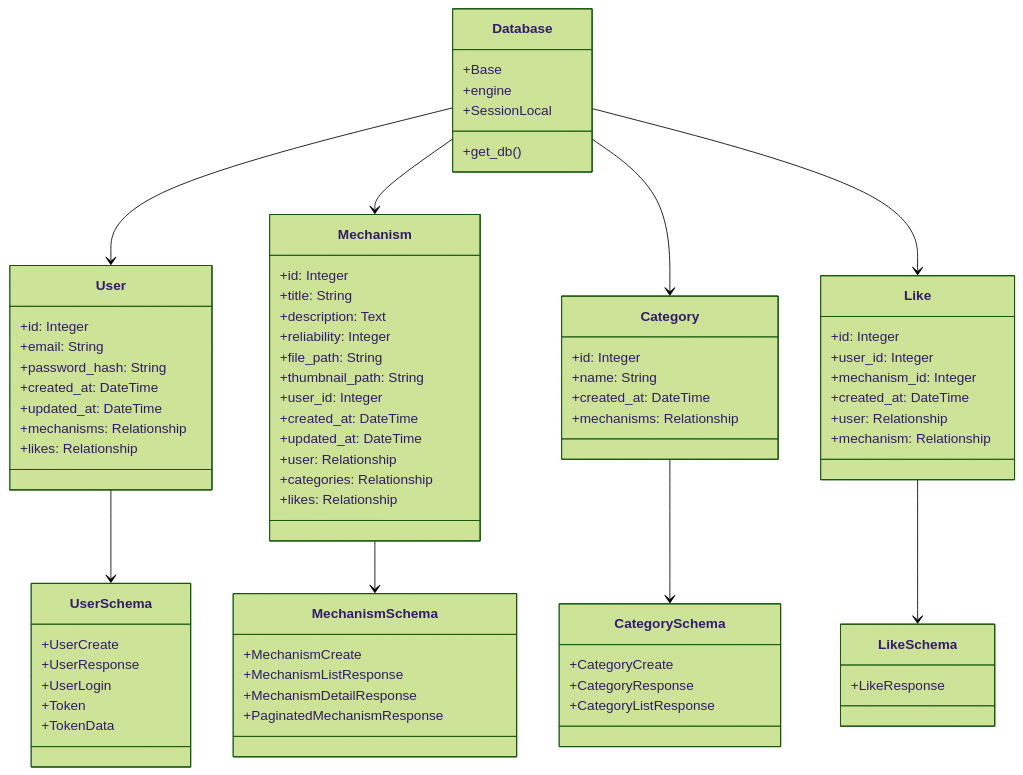
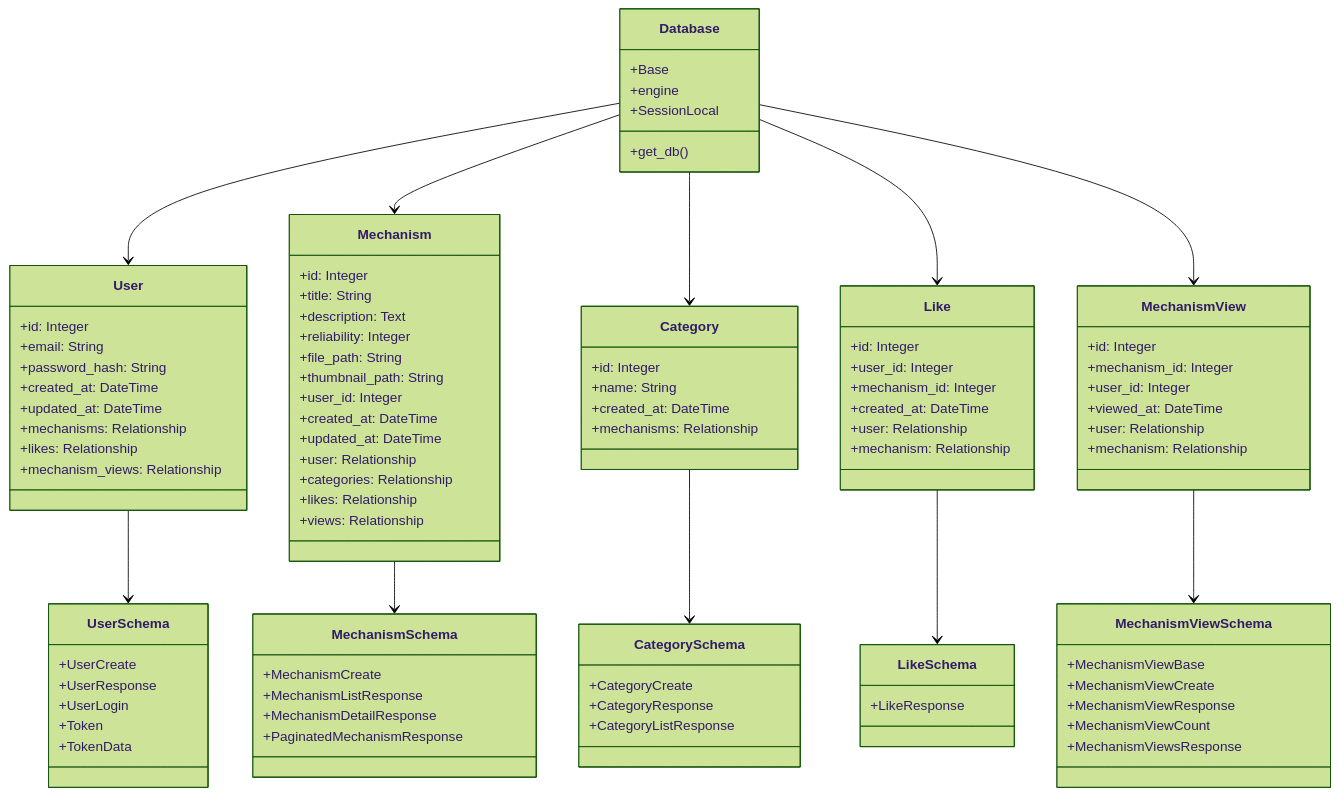
One commit to moro-qq82/mechanism-sharing-app2 changed the diagram in docs/backend_architecture.md. Above: the diagram before and after it, drawn with Mermaid (forest theme). The commit also changed other lines of this file and 4 other files, not shown here.

````diff
--- a/docs/backend_architecture.md
+++ b/docs/backend_architecture.md
@@ -19,6 +19,7 @@
         +updated_at: DateTime
         +mechanisms: Relationship
         +likes: Relationship
+        +mechanism_views: Relationship
     }
     
     class Mechanism {
@@ -34,6 +35,7 @@
         +user: Relationship
         +categories: Relationship
         +likes: Relationship
+        +views: Relationship
     }
     
     class Category {
@@ -48,6 +50,15 @@
         +user_id: Integer
         +mechanism_id: Integer
         +created_at: DateTime
+        +user: Relationship
+        +mechanism: Relationship
+    }
+    
+    class MechanismView {
+        +id: Integer
+        +mechanism_id: Integer
+        +user_id: Integer
+        +viewed_at: DateTime
         +user: Relationship
         +mechanism: Relationship
     }
@@ -77,13 +88,23 @@
         +LikeResponse
     }
     
+    class MechanismViewSchema {
+        +MechanismViewBase
+        +MechanismViewCreate
+        +MechanismViewResponse
+        +MechanismViewCount
+        +MechanismViewsResponse
+    }
+    
     Database --> User
     Database --> Mechanism
     Database --> Category
     Database --> Like
+    Database --> MechanismView
     
     User --> UserSchema
     Mechanism --> MechanismSchema
     Category --> CategorySchema
     Like --> LikeSchema
+    MechanismView --> MechanismViewSchema
 ```
````
